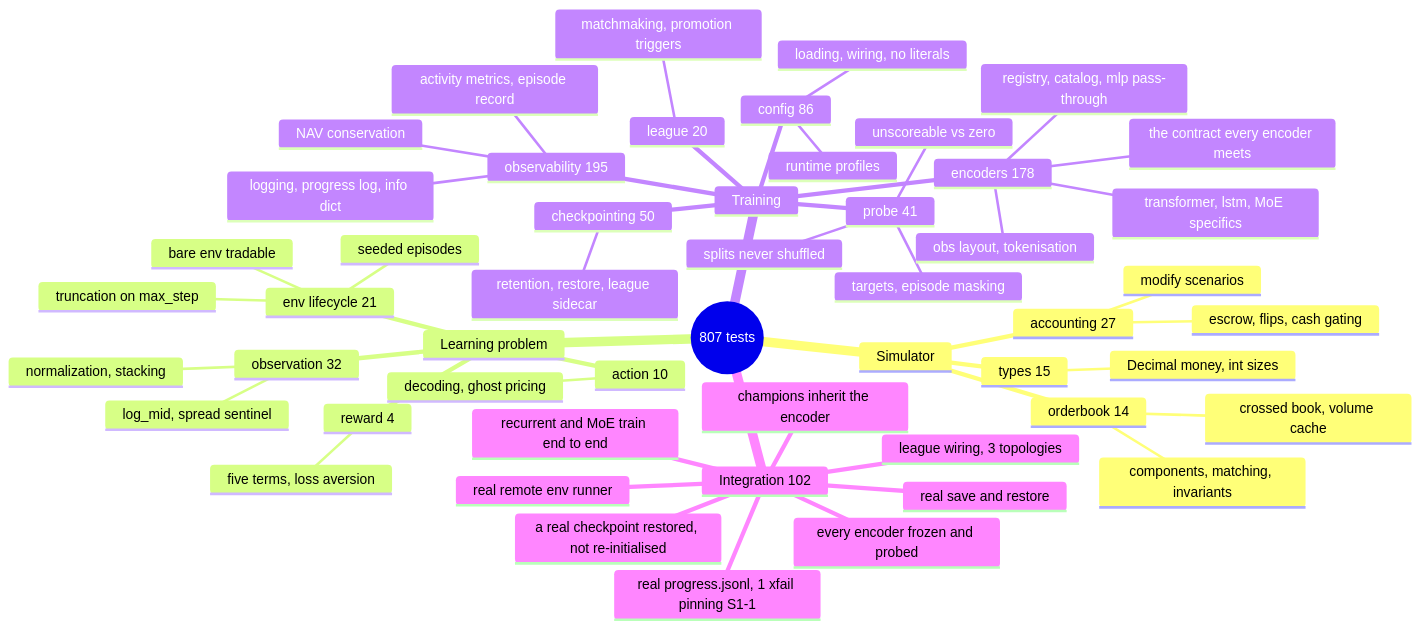
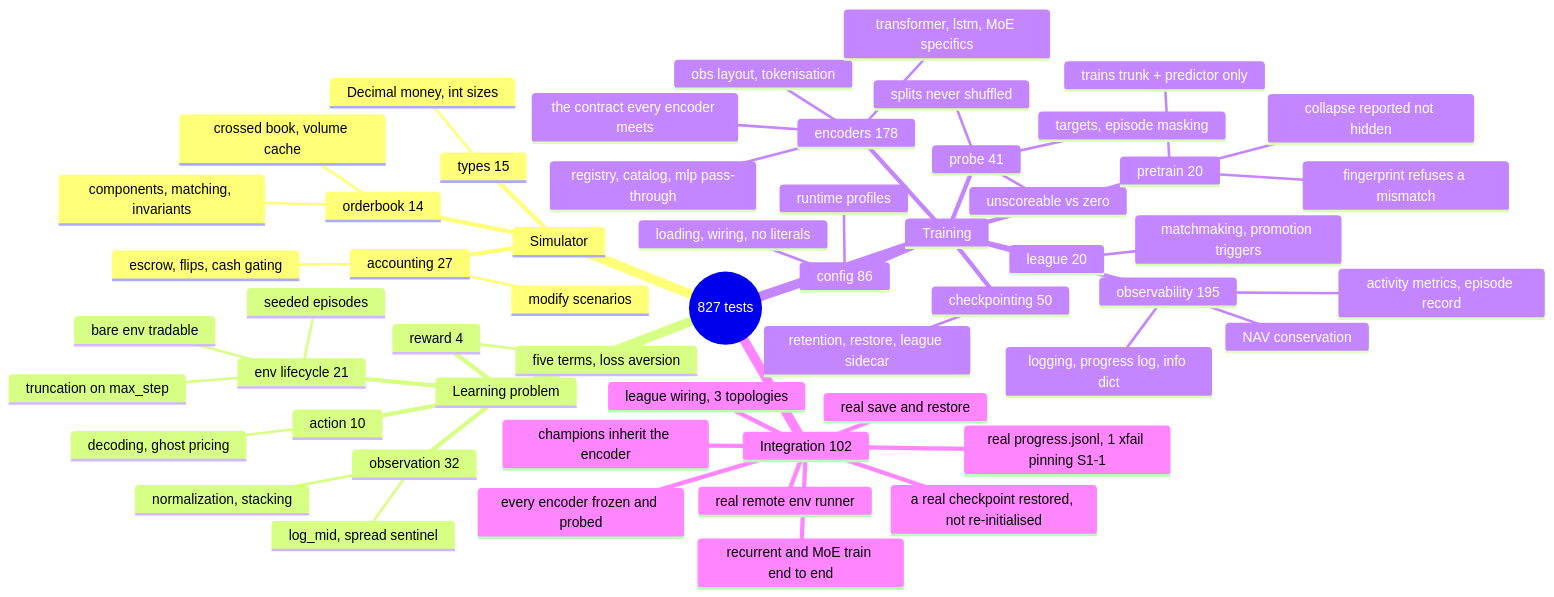
Before and after one commit to ChuaCheowHuan/gym-continuousDoubleAuction: the diagram in doc/10_testing.md, drawn with Mermaid. The commit also changed other lines of this file and 20 other files, not shown here.

````diff
--- a/doc/10_testing.md
+++ b/doc/10_testing.md
@@ -109,55 +110,59 @@
 ```mermaid
 mindmap
-  root((807 tests))
+  root((827 tests))
     Simulator
       orderbook 14
         components, matching, invariants
         crossed book, volume cache
       accounting 27
         escrow, flips, cash gating
         modify scenarios
       types 15
         Decimal money, int sizes
     Learning problem
       observation 32
         normalization, stacking
         log_mid, spread sentinel
       action 10
         decoding, ghost pricing
       reward 4
         five terms, loss aversion
       env lifecycle 21
         bare env tradable
         truncation on max_step
         seeded episodes
     Training
       config 86
         loading, wiring, no literals
         runtime profiles
       checkpointing 50
         retention, restore, league sidecar
       league 20
         matchmaking, promotion triggers
       encoders 178
         registry, catalog, mlp pass-through
         obs layout, tokenisation
         the contract every encoder meets
         transformer, lstm, MoE specifics
       observability 195
         logging, progress log, info dict
         activity metrics, episode record
         NAV conservation
       probe 41
         targets, episode masking
         splits never shuffled
         unscoreable vs zero
+      pretrain 20
+        trains trunk + predictor only
+        collapse reported not hidden
+        fingerprint refuses a mismatch
     Integration 102
       league wiring, 3 topologies
       real save and restore
       real progress.jsonl, 1 xfail pinning S1-1
       real remote env runner
       champions inherit the encoder
       recurrent and MoE train end to end
       every encoder frozen and probed
       a real checkpoint restored, not re-initialised
 ```
````
